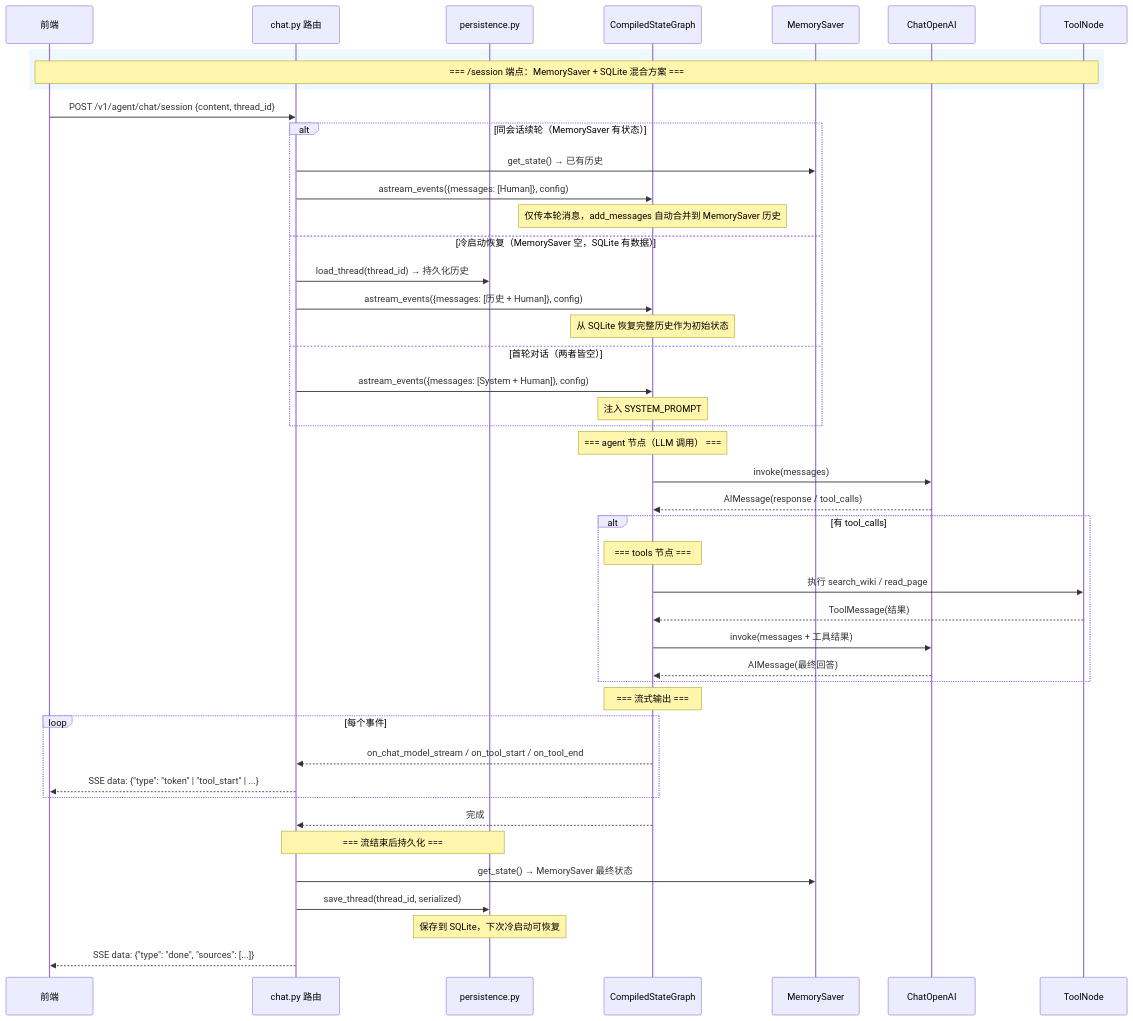
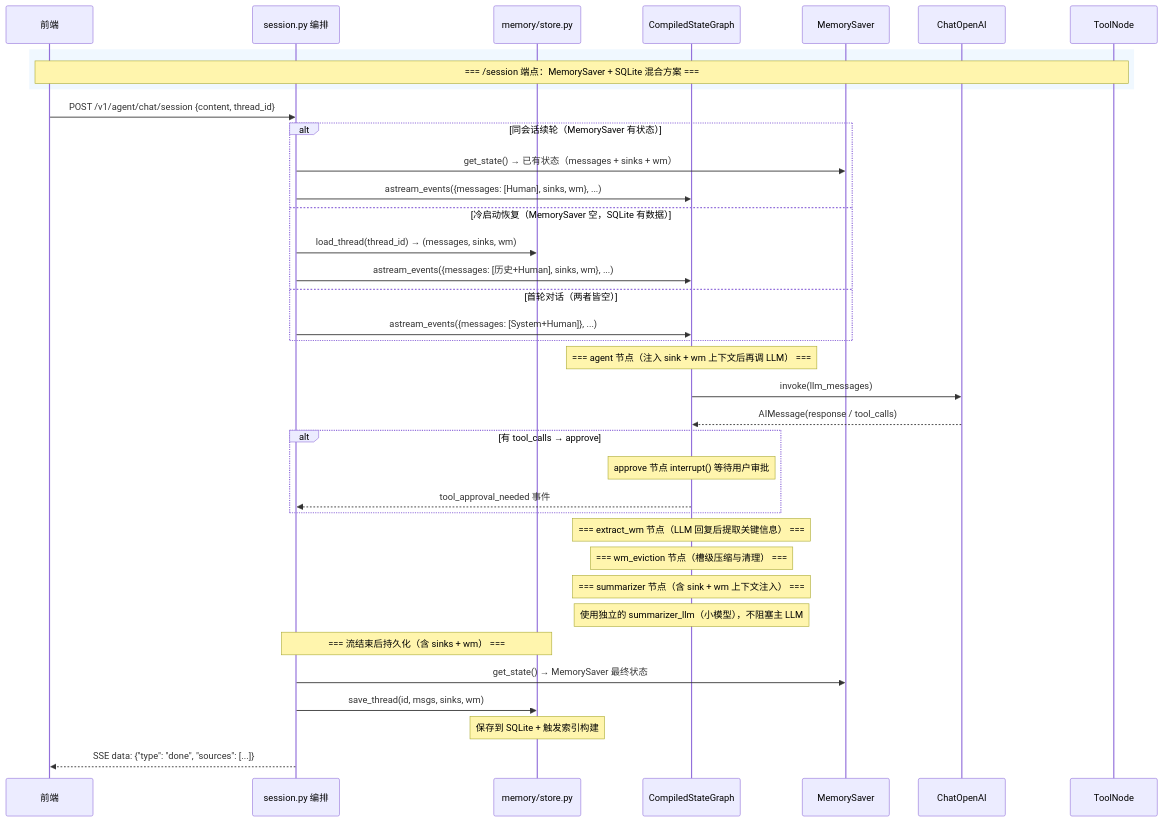
Before and after one commit to wuLa0702/llm_wiki_selfbuild: the second of 8 diagrams in docs/agent-architecture-diagrams.md, drawn with Mermaid. The commit also changed other lines of this file, not shown here.

First line of the commit message:
docs(agent): 架构图更新至 v5 — 四层模块 + WM + Sink + 索引表

````diff
--- a/docs/agent-architecture-diagrams.md
+++ b/docs/agent-architecture-diagrams.md
@@ -56,58 +66,47 @@
 ```mermaid
 sequenceDiagram
     participant Client as 前端
-    participant Route as chat.py 路由
-    participant Persist as persistence.py
+    participant Route as session.py 编排
+    participant Store as memory/store.py
     participant Graph as CompiledStateGraph
     participant Checkpoint as MemorySaver
     participant LLM as ChatOpenAI
     participant Tools as ToolNode
 
     rect rgb(240, 248, 255)
         Note over Client,Tools: === /session 端点：MemorySaver + SQLite 混合方案  ===
     end
 
     Client->>Route: POST /v1/agent/chat/session {content, thread_id}
 
     alt 同会话续轮（MemorySaver 有状态）
-        Route->>Checkpoint: get_state() → 已有历史
-        Route->>Graph: astream_events({messages: [Human]}, config)
-        Note over Graph: 仅传本轮消息，add_messages 自动合并到 MemorySaver 历史
-
+        Route->>Checkpoint: get_state() → 已有状态（messages + sinks + wm）
+        Route->>Graph: astream_events({messages: [Human], sinks, wm}, ...)
     else 冷启动恢复（MemorySaver 空，SQLite 有数据）
-        Route->>Persist: load_thread(thread_id) → 持久化历史
-        Route->>Graph: astream_events({messages: [历史 + Human]}, config)
-        Note over Graph: 从 SQLite 恢复完整历史作为初始状态
-
+        Route->>Store: load_thread(thread_id) → (messages, sinks, wm)
+        Route->>Graph: astream_events({messages: [历史+Human], sinks, wm}, ...)
     else 首轮对话（两者皆空）
-        Route->>Graph: astream_events({messages: [System + Human]}, config)
-        Note over Graph: 注入 SYSTEM_PROMPT
+        Route->>Graph: astream_events({messages: [System+Human]}, ...)
     end
 
-    Note over Graph: === agent 节点（LLM 调用） ===
-    Graph->>LLM: invoke(messages)
+    Note over Graph: === agent 节点（注入 sink + wm 上下文后再调 LLM） ===
+    Graph->>LLM: invoke(llm_messages)
     LLM-->>Graph: AIMessage(response / tool_calls)
 
-    alt 有 tool_calls
-        Note over Graph: === tools 节点 ===
-        Graph->>Tools: 执行 search_wiki / read_page
-        Tools-->>Graph: ToolMessage(结果)
-        Graph->>LLM: invoke(messages + 工具结果)
-        LLM-->>Graph: AIMessage(最终回答)
+    alt 有 tool_calls → approve
+        Note over Graph: approve 节点 interrupt() 等待用户审批
+        Graph-->>Route: tool_approval_needed 事件
     end
 
-    Note over Graph: === 流式输出 ===
-    loop 每个事件
-        Graph-->>Route: on_chat_model_stream / on_tool_start / on_tool_end
-        Route-->>Client: SSE data: {"type": "token" | "tool_start" | ...}
-    end
+    Note over Graph: === extract_wm 节点（LLM 回复后提取关键信息） ===
+    Note over Graph: === wm_eviction 节点（槽级压缩与清理） ===
 
-    Graph-->>Route: 完成
+    Note over Graph: === summarizer 节点（含 sink + wm 上下文注入） ===
+    Note over Graph: 使用独立的 summarizer_llm（小模型），不阻塞主 LLM
 
-    Note over Route,Persist: === 流结束后持久化  ===
+    Note over Route,Store: === 流结束后持久化（含 sinks + wm） ===
     Route->>Checkpoint: get_state() → MemorySaver 最终状态
-    Route->>Persist: save_thread(thread_id, serialized)
-    Note over Persist: 保存到 SQLite，下次冷启动可恢复
-
+    Route->>Store: save_thread(id, msgs, sinks, wm)
+    Note over Store: 保存到 SQLite + 触发索引构建
     Route-->>Client: SSE data: {"type": "done", "sources": [...]}
 ```
````
